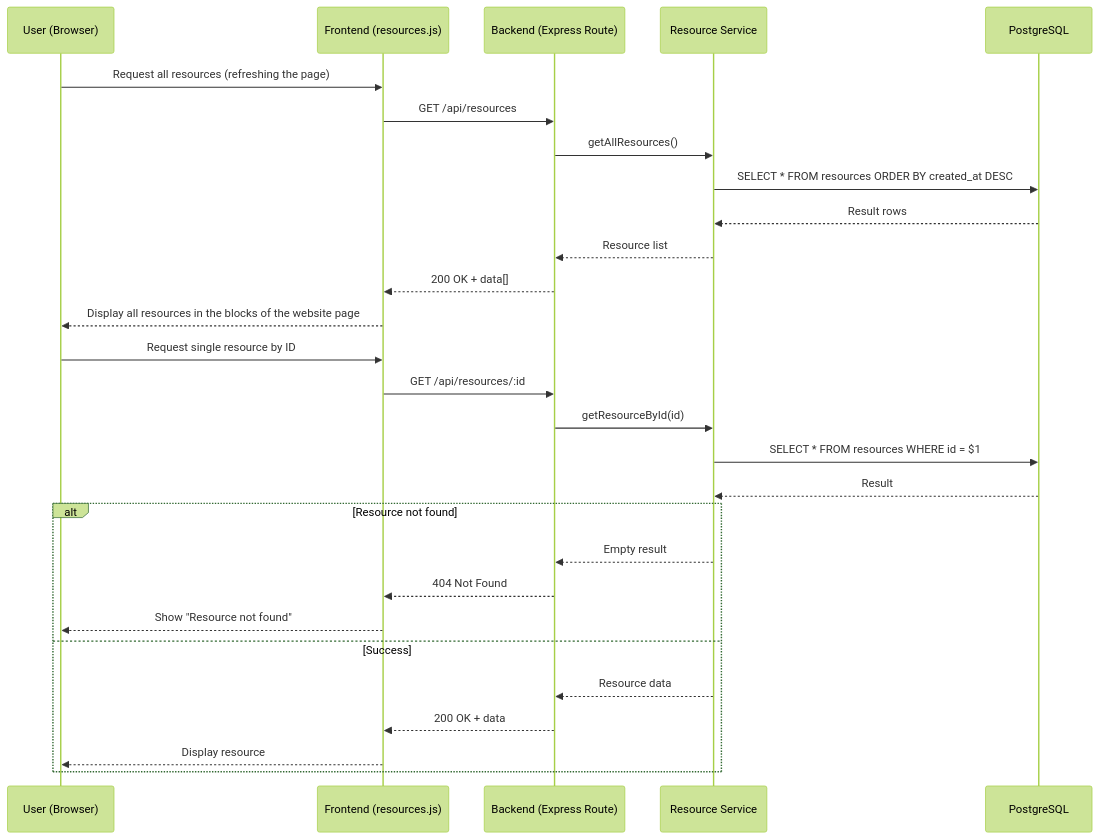
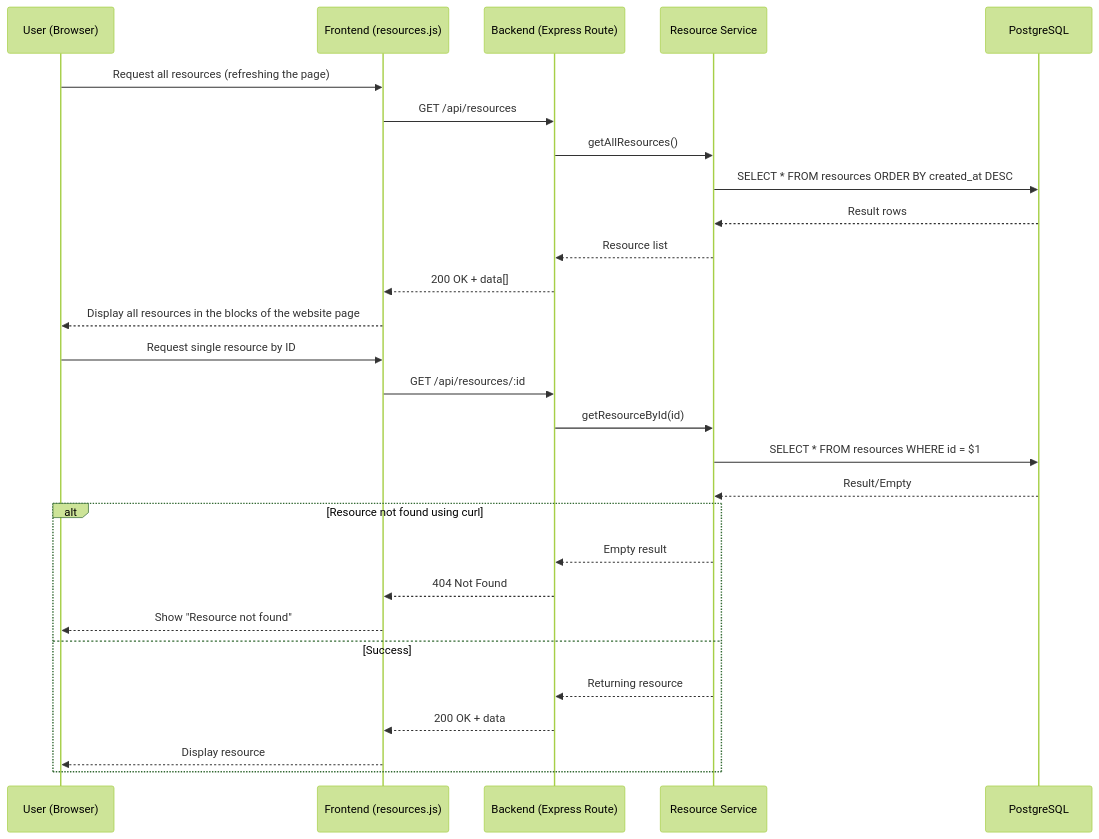
One commit to Mehdi-Mor/AdvancedWebDev changed the second of 3 diagrams in BookingSystemPhase6/G1_CRUD_DataFlow.md. Above: the diagram before and after it, drawn with Mermaid (forest theme).

````diff
--- a/BookingSystemPhase6/G1_CRUD_DataFlow.md
+++ b/BookingSystemPhase6/G1_CRUD_DataFlow.md
@@ -41,36 +41,36 @@
 ```mermaid
 sequenceDiagram
     participant U as User (Browser)
     participant F as Frontend (resources.js)
     participant B as Backend (Express Route)
     participant S as Resource Service
     participant DB as PostgreSQL
 
     U->>F: Request all resources (refreshing the page)
     F->>B: GET /api/resources
 
     B->>S: getAllResources()
     S->>DB: SELECT * FROM resources ORDER BY created_at DESC
     DB-->>S: Result rows
 
     S-->>B: Resource list
     B-->>F: 200 OK + data[]
     F-->>U: Display all resources in the blocks of the website page
 
     U->>F: Request single resource by ID
     F->>B: GET /api/resources/:id
 
     B->>S: getResourceById(id)
     S->>DB: SELECT * FROM resources WHERE id = $1
-    DB-->>S: Result
+    DB-->>S: Result/Empty
 
-    alt Resource not found
+    alt Resource not found using curl
         S-->>B: Empty result
         B-->>F: 404 Not Found
         F-->>U: Show "Resource not found"
     else Success
-        S-->>B: Resource data
+        S-->>B: Returning resource
         B-->>F: 200 OK + data
         F-->>U: Display resource
     end
 ```
````
